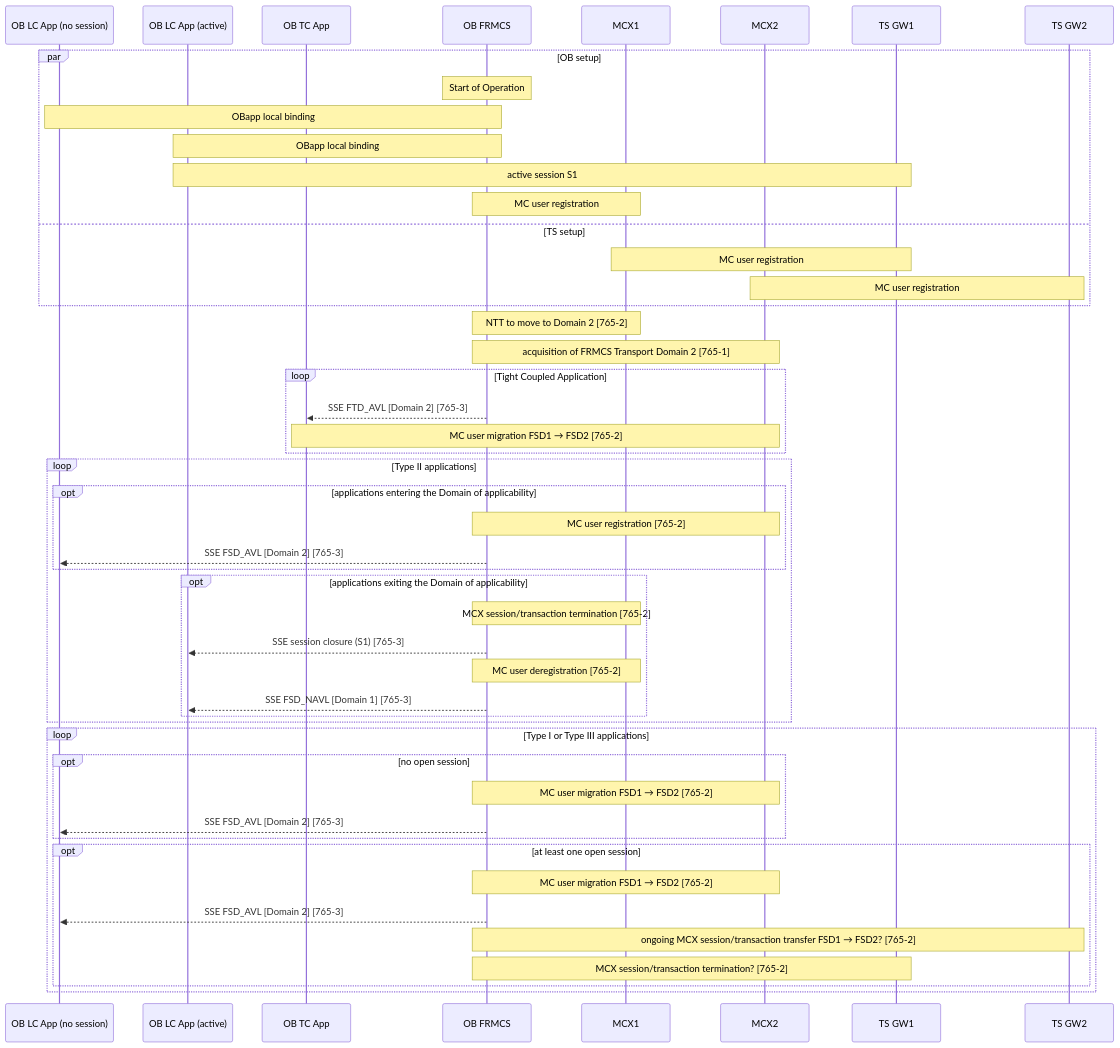
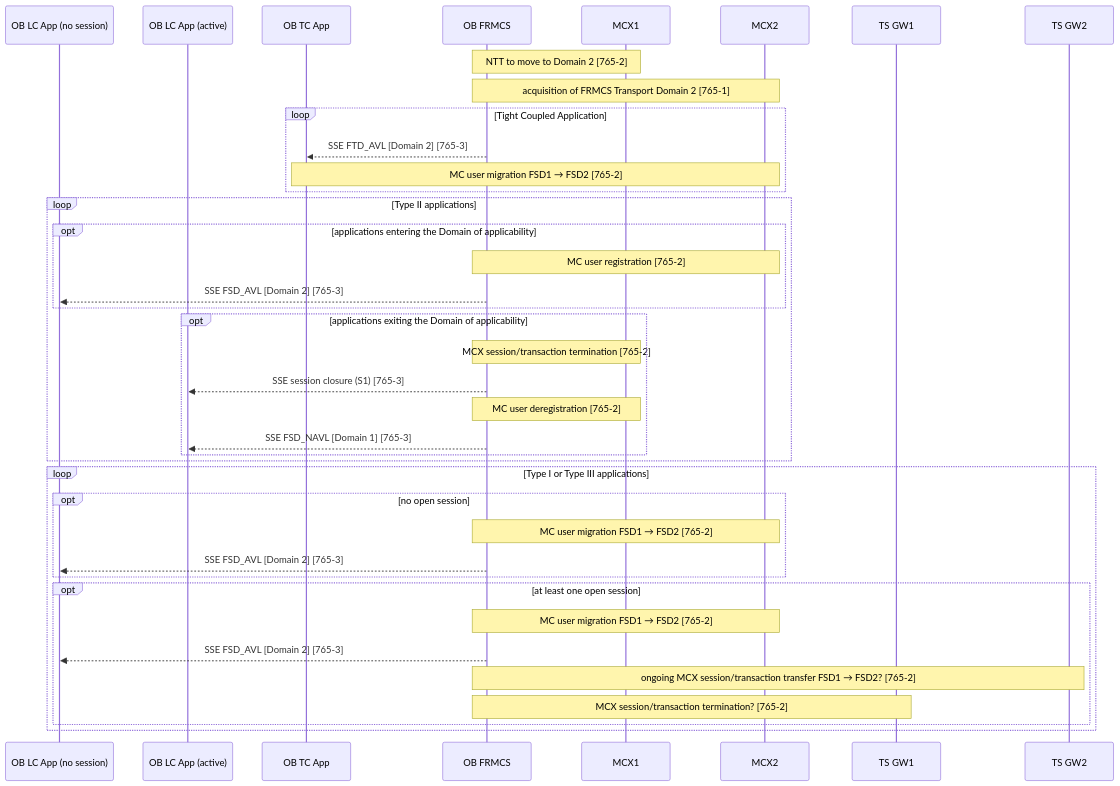
The third of 3 diagrams in E2EProcedures/README.md (UICrail/FRMCSSandbox), drawn with Mermaid before and after one commit.

Commit message:
README.md: IFDT → removed non-generic "pre-requisites"

````diff
--- a/E2EProcedures/README.md
+++ b/E2EProcedures/README.md
@@ -94,65 +94,65 @@
 ```mermaid
 
 sequenceDiagram
 participant AL1 as OB LC App (no session)
 participant AL2 as OB LC App (active)
 participant AT as OB TC App
 participant O as OB FRMCS
 participant M1 as MCX1
 participant M2 as MCX2
 participant T1 as TS GW1
 participant T2 as TS GW2
 %participant B1 as RBC1
 %participant B2 as RBC2
 
-par OB setup
-	Note over O: Start of Operation 
-	Note over AL1,O: OBapp local binding
-  	Note over AL2,O: OBapp local binding
-  	Note over AL2,T1: active session S1
-  	Note over O,M1:	MC user registration
-and TS setup
-	%Note over B1,T1: TSapp local binding
-	%Note over B2,T2: TSapp local binding
-	Note over T1,M1: MC user registration
-	Note over T2,M2: MC user registration
-end
+%par OB setup
+%	Note over O: Start of Operation 
+%	Note over AL1,O: OBapp local binding
+%  	Note over AL2,O: OBapp local binding
+%  	Note over AL2,T1: active session S1
+%  	Note over O,M1:	MC user registration
+%and TS setup
+%	%Note over B1,T1: TSapp local binding
+%	%Note over B2,T2: TSapp local binding
+%	Note over T1,M1: MC user registration
+%	Note over T2,M2: MC user registration
+%end
 
 % BXL
 Note over O,M1: NTT to move to Domain 2  [765-2]
 Note over O,M2: acquisition of FRMCS Transport Domain 2  [765-1]
 
 % BXL - TC
 loop Tight Coupled Application
   O-->>AT: SSE FTD_AVL [Domain 2]  [765-3]
   Note over AT,M2:  MC user migration FSD1 → FSD2 [765-2]
 end
 
 % BXL - LC
 loop Type II applications
   opt applications entering the Domain of applicability
     Note over O,M2: MC user registration  [765-2]
     O-->>AL1: SSE FSD_AVL [Domain 2]  [765-3]  
   end
   opt applications exiting the Domain of applicability
     Note over O,M1: MCX session/transaction termination [765-2]
     O-->>AL2:  SSE session closure (S1) [765-3]
     Note over O,M1: MC user deregistration [765-2]
     O-->>AL2:  SSE FSD_NAVL [Domain 1]  [765-3]
   end
 end
 
 loop Type I or Type III applications
   opt no open session
     Note over O,M2: MC user migration FSD1 → FSD2 [765-2]
     O-->>AL1: SSE FSD_AVL [Domain 2]  [765-3]
   end
   opt at least one open session
     Note over O,M2: MC user migration FSD1 → FSD2 [765-2]
     O-->>AL1: SSE FSD_AVL [Domain 2]  [765-3]
     Note over O,T2:  ongoing MCX session/transaction transfer FSD1 → FSD2? [765-2]
     Note over O,T1: MCX session/transaction termination? [765-2]  
   end
 end
 
 ```
````
